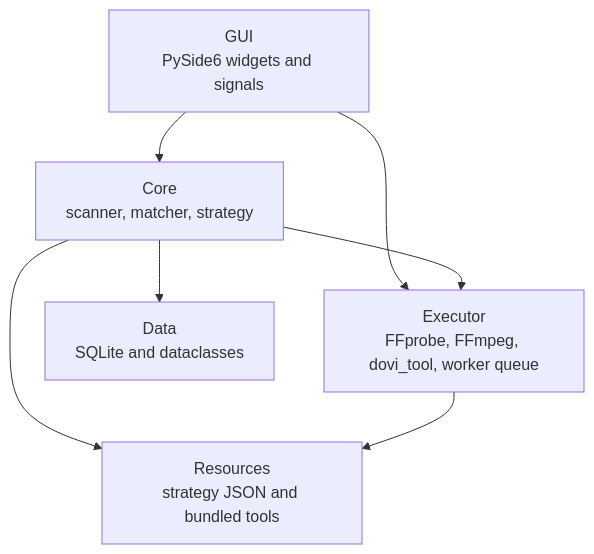
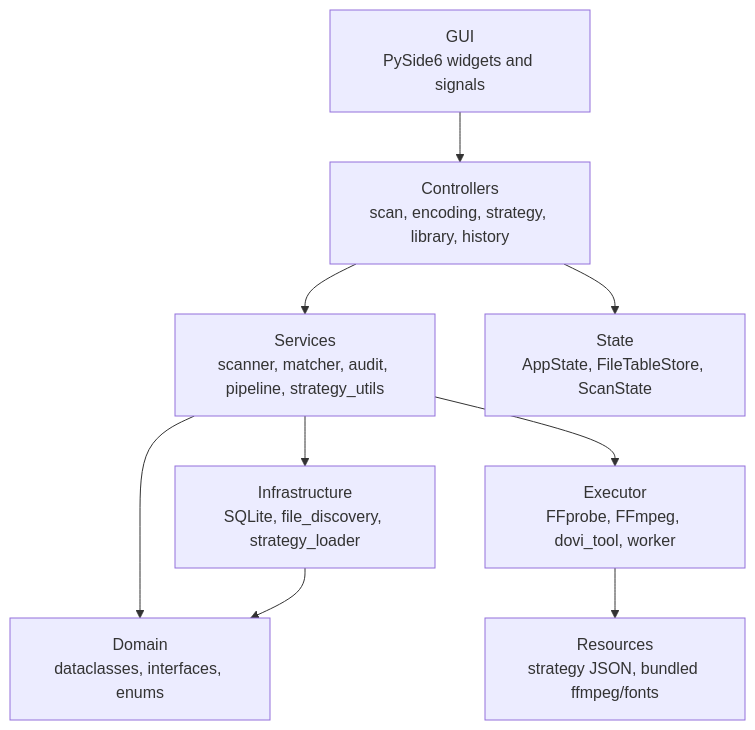
Before and after one commit to jazz-zzzz/LeanReel: the third of 3 diagrams in README.md, drawn with Mermaid. The commit also changed other lines of this file, not shown here.

Commit message:
docs: update README to reflect current state — AV1, unified history, direct I/O, audit sidecar

````diff
--- a/README.md
+++ b/README.md
@@ -232,15 +142,20 @@
 ```mermaid
 flowchart TB
     UI["GUI<br/>PySide6 widgets and signals"]
-    Core["Core<br/>scanner, matcher, strategy"]
-    Exec["Executor<br/>FFprobe, FFmpeg, dovi_tool, worker queue"]
-    Data["Data<br/>SQLite and dataclasses"]
-    Res["Resources<br/>strategy JSON and bundled tools"]
+    Ctl["Controllers<br/>scan, encoding, strategy, library, history"]
+    Svc["Services<br/>scanner, matcher, audit, pipeline, strategy_utils"]
+    Infra["Infrastructure<br/>SQLite, file_discovery, strategy_loader"]
+    Exec["Executor<br/>FFprobe, FFmpeg, dovi_tool, worker"]
+    Domain["Domain<br/>dataclasses, interfaces, enums"]
+    State["State<br/>AppState, FileTableStore, ScanState"]
+    Res["Resources<br/>strategy JSON, bundled ffmpeg/fonts"]
 
-    UI --> Core
-    UI --> Exec
-    Core --> Data
-    Core --> Exec
-    Core --> Res
+    UI --> Ctl
+    Ctl --> Svc
+    Ctl --> State
+    Svc --> Infra
+    Svc --> Exec
+    Svc --> Domain
+    Infra --> Domain
     Exec --> Res
 ```
````
